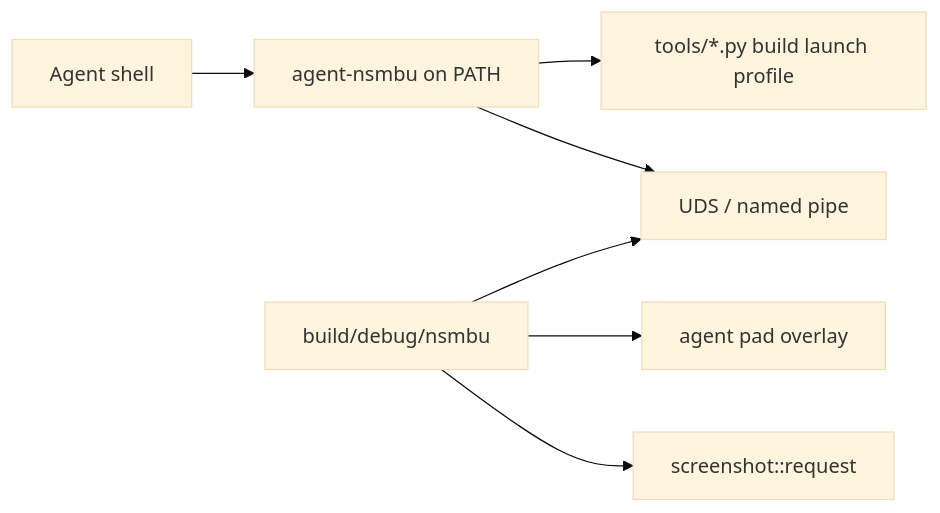
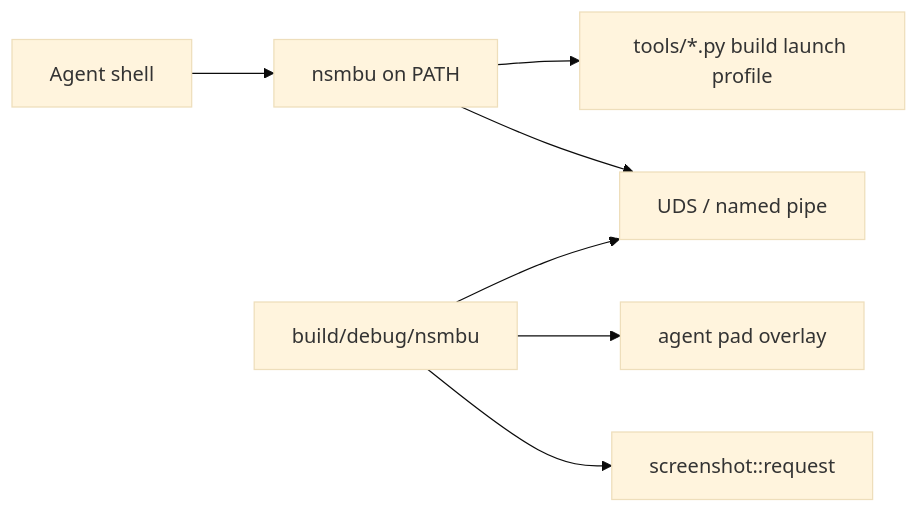
Before and after one commit to alayhayali/nsmbu-recomp: the diagram in docs/cli.md, drawn with Mermaid (base theme). The commit also changed other lines of this file and 39 other files, not shown here.

````diff
--- a/docs/cli.md
+++ b/docs/cli.md
@@ -29,9 +29,9 @@
 ```mermaid
 flowchart LR
-  Agent["Agent shell"] --> CLI["agent-nsmbu on PATH"]
+  Agent["Agent shell"] --> CLI["nsmbu on PATH"]
   CLI --> Tools["tools/*.py build launch profile"]
   CLI --> Sock["UDS / named pipe"]
   Game["build/debug/nsmbu"] --> Sock
   Game --> Input["agent pad overlay"]
   Game --> Shot["screenshot::request"]
 ```
````
